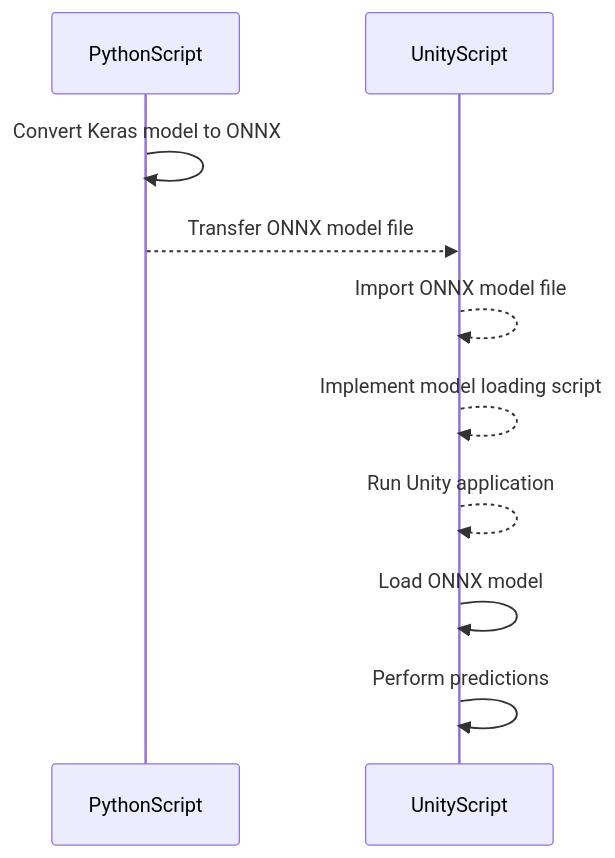
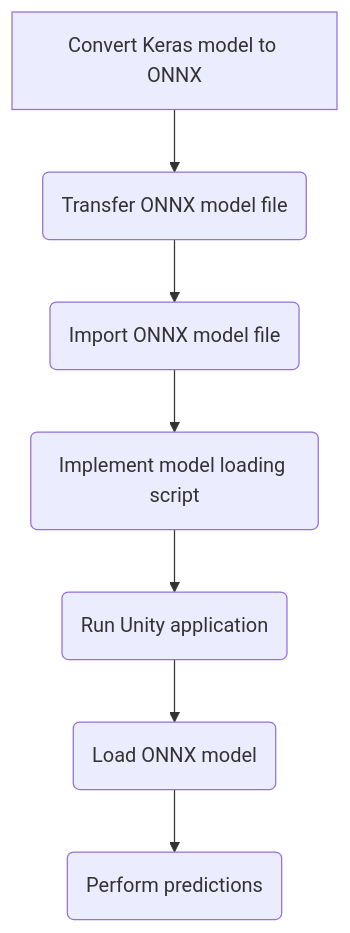
The diagram in README.md (AppleBoiy/UnityONNX), drawn with Mermaid before and after one commit.

````diff
--- a/README.md
+++ b/README.md
@@ -3,14 +3,9 @@
 ```mermaid
-sequenceDiagram
-    participant PythonScript
-    participant UnityScript
-
-    PythonScript->>PythonScript: Convert Keras model to ONNX
-    PythonScript-->>UnityScript: Transfer ONNX model file
-
-    UnityScript-->>UnityScript: Import ONNX model file
-    UnityScript-->>UnityScript: Implement model loading script
-    UnityScript-->>UnityScript: Run Unity application
-    UnityScript->>UnityScript: Load ONNX model
-    UnityScript->>UnityScript: Perform predictions
+graph TD;
+    A[Convert Keras model to ONNX] --> B(Transfer ONNX model file)
+        B --> C(Import ONNX model file)
+        C --> D(Implement model loading script)
+        D --> E(Run Unity application)
+        E --> F(Load ONNX model)
+        F --> G(Perform predictions)    
 ```
````
